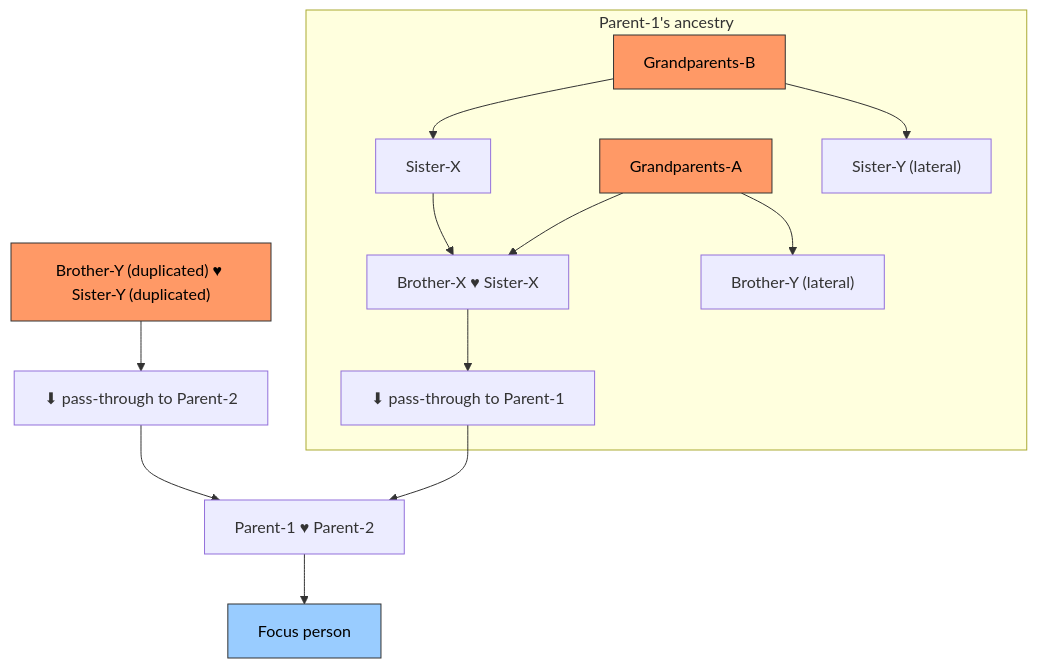
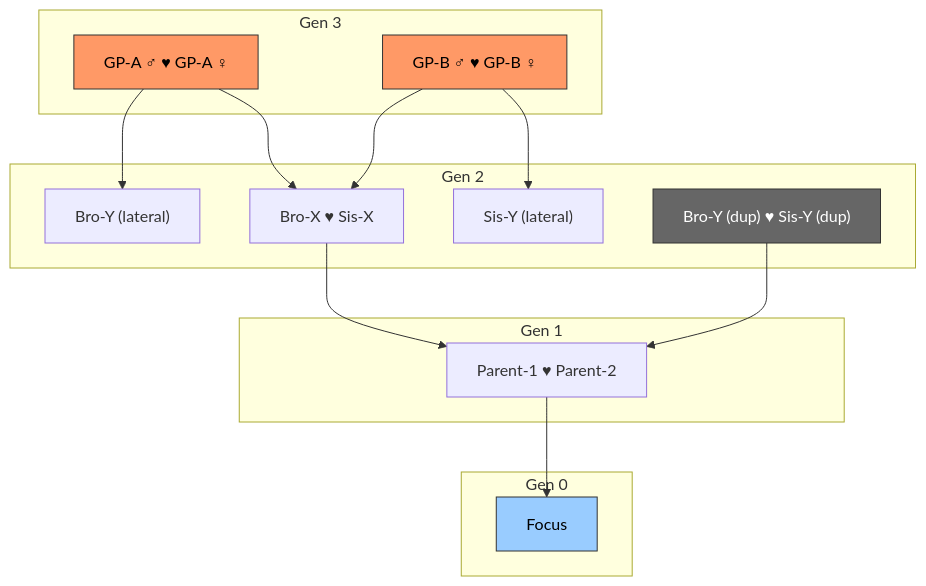
Before and after one commit to san650/ancestry: the ninth of 13 diagrams in lib/ancestry/people/CLAUDE.md, drawn with Mermaid. The commit also changed other lines of this file and 21 other files, not shown here.

Commit message:
Graph view improvements (#28)

````diff
--- a/lib/ancestry/people/CLAUDE.md
+++ b/lib/ancestry/people/CLAUDE.md
@@ -241,25 +262,32 @@
 ```mermaid
 flowchart TD
-    subgraph left ["Parent-1's ancestry"]
-        GPA["Grandparents-A"]
-        GPB["Grandparents-B"]
-        GPA --> BX1["Brother-X ♥ Sister-X"]
-        GPA --> BY_lat["Brother-Y (lateral)"]
-        GPB --> SX1["Sister-X"]
-        GPB --> SY_lat["Sister-Y (lateral)"]
-        SX1 --> BX1
-        BX1 --> P1_pt["⬇ pass-through to Parent-1"]
+    subgraph gen3 ["Gen 3"]
+        GPA3["GP-A ♂ ♥ GP-A ♀"]
+        GPB3["GP-B ♂ ♥ GP-B ♀"]
+    end
+    subgraph gen2 ["Gen 2"]
+        BYlat["Bro-Y (lateral)"]
+        BXSX["Bro-X ♥ Sis-X"]
+        SYlat["Sis-Y (lateral)"]
+        BYdup["Bro-Y (dup) ♥ Sis-Y (dup)"]
+    end
+    subgraph gen1 ["Gen 1"]
+        P1P2["Parent-1 ♥ Parent-2"]
+    end
+    subgraph gen0 ["Gen 0"]
+        Focus3["Focus"]
     end
 
-    BY_dup["Brother-Y (duplicated) ♥ Sister-Y (duplicated)"]
-    BY_dup --> P2_pt["⬇ pass-through to Parent-2"]
+    GPA3 --> BYlat
+    GPA3 --> BXSX
+    GPB3 --> BXSX
+    GPB3 --> SYlat
+    BXSX --> P1P2
+    BYdup --> P1P2
+    P1P2 --> Focus3
 
-    P1_pt --> ML["Parent-1 ♥ Parent-2"]
-    P2_pt --> ML
-    ML --> Focus["Focus person"]
-
-    style GPA fill:#f96,stroke:#333,color:#000
-    style GPB fill:#f96,stroke:#333,color:#000
-    style BY_dup fill:#f96,stroke:#333,color:#000
-    style Focus fill:#9cf,stroke:#333,color:#000
+    style Focus3 fill:#9cf,stroke:#333,color:#000
+    style GPA3 fill:#f96,stroke:#333,color:#000
+    style GPB3 fill:#f96,stroke:#333,color:#000
+    style BYdup fill:#666,stroke:#333,color:#fff
 ```
````
